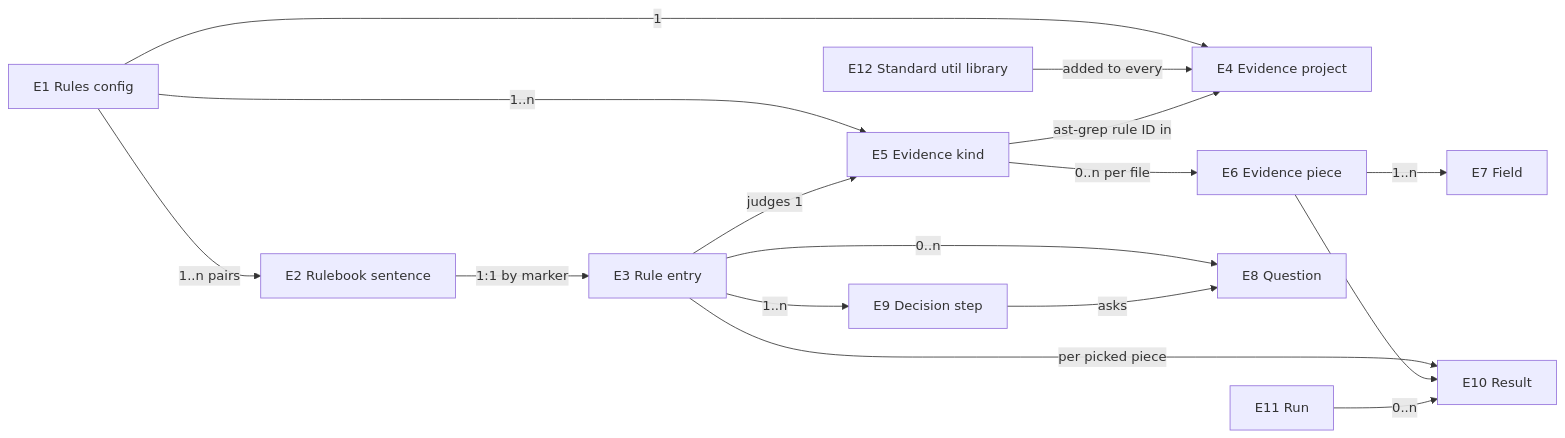
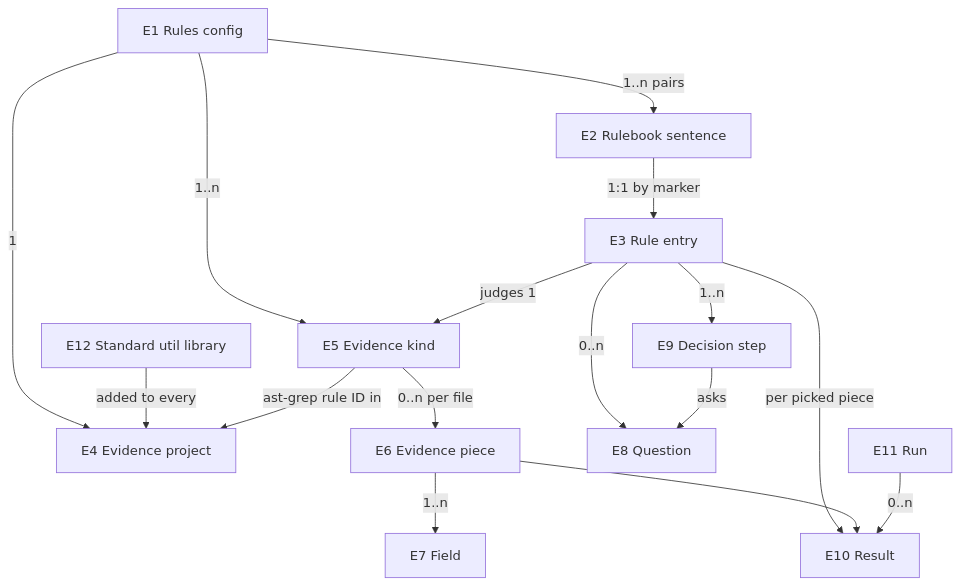
Before and after one commit to ShravanSunder/sunstack-tools: the second of 2 diagrams in docs/specs/2026-10-29-skill-rules-evidence-and-decisions/specification.md, drawn with Mermaid. The commit also changed other lines of this file and 1 other file, not shown here.

````diff
--- a/docs/specs/2026-10-29-skill-rules-evidence-and-decisions/specification.md
+++ b/docs/specs/2026-10-29-skill-rules-evidence-and-decisions/specification.md
@@ -56,18 +56,18 @@
 ```mermaid
-flowchart LR
+flowchart TB
   E1["E1 Rules config"] -->|"1..n pairs"| E2["E2 Rulebook sentence"]
   E2 -->|"1:1 by marker"| E3["E3 Rule entry"]
   E1 -->|"1"| E4["E4 Evidence project"]
   E12["E12 Standard util library"] -->|"added to every"| E4
   E1 -->|"1..n"| E5["E5 Evidence kind"]
   E5 -->|"ast-grep rule ID in"| E4
   E3 -->|"judges 1"| E5
   E5 -->|"0..n per file"| E6["E6 Evidence piece"]
   E6 -->|"1..n"| E7["E7 Field"]
   E3 -->|"0..n"| E8["E8 Question"]
   E3 -->|"1..n"| E9["E9 Decision step"]
   E9 -->|"asks"| E8
   E3 -->|"per picked piece"| E10["E10 Result"]
   E6 --> E10
   E11["E11 Run"] -->|"0..n"| E10
 ```
````
